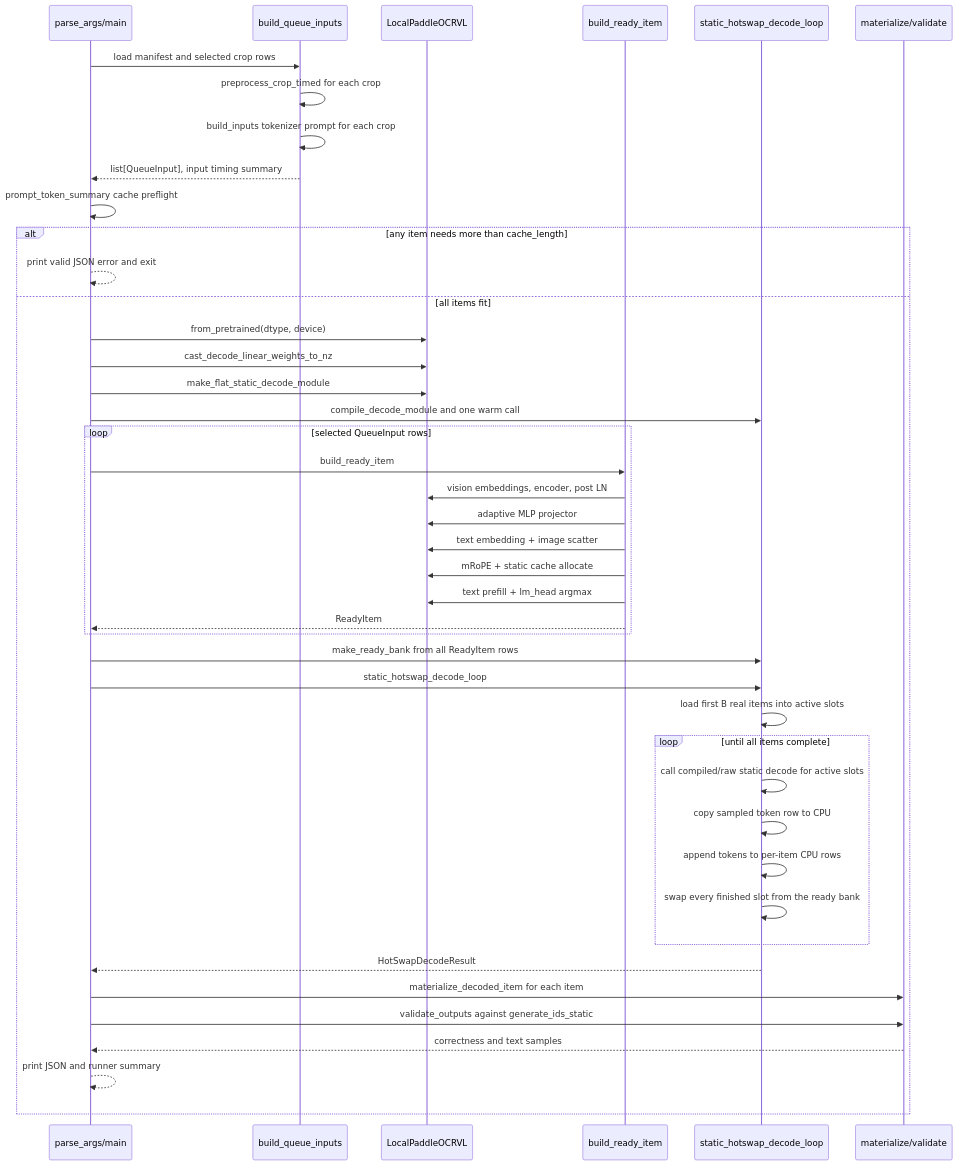
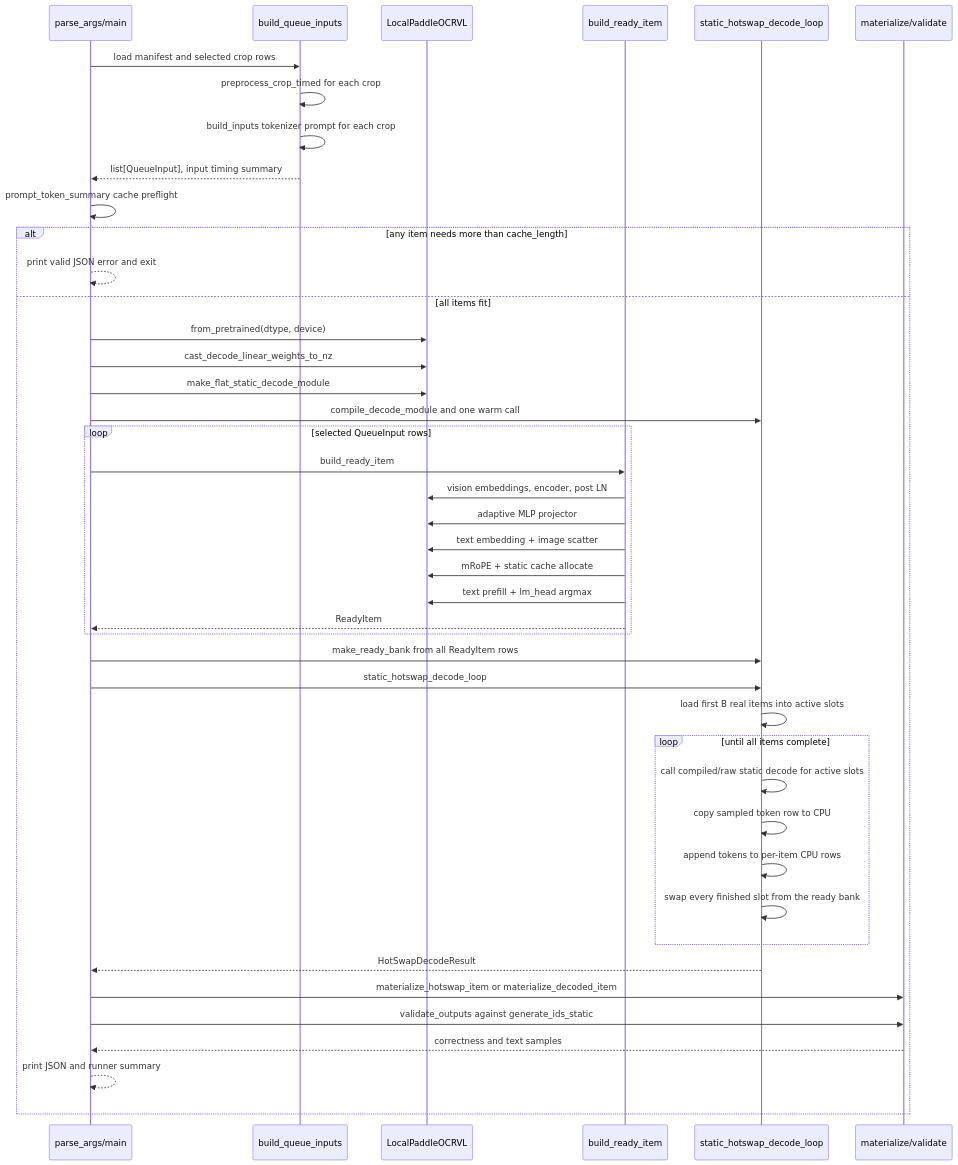
Before and after one commit to lukaIvanic/paddle_ocr_vl_npu: the second of 2 diagrams in 05_full_recognizer_optimizations/QUEUE_BENCHMARK_FLOW.md, drawn with Mermaid. The commit also changed other lines of this file and 1 other file, not shown here.

````diff
--- a/05_full_recognizer_optimizations/QUEUE_BENCHMARK_FLOW.md
+++ b/05_full_recognizer_optimizations/QUEUE_BENCHMARK_FLOW.md
@@ -56,46 +56,46 @@
 ```mermaid
 sequenceDiagram
     participant CLI as parse_args/main
     participant Inputs as build_queue_inputs
     participant Model as LocalPaddleOCRVL
     participant Ready as build_ready_item
     participant Decode as static_hotswap_decode_loop
     participant Output as materialize/validate
 
     CLI->>Inputs: load manifest and selected crop rows
     Inputs->>Inputs: preprocess_crop_timed for each crop
     Inputs->>Inputs: build_inputs tokenizer prompt for each crop
     Inputs-->>CLI: list[QueueInput], input timing summary
     CLI->>CLI: prompt_token_summary cache preflight
     alt any item needs more than cache_length
         CLI-->>CLI: print valid JSON error and exit
     else all items fit
         CLI->>Model: from_pretrained(dtype, device)
         CLI->>Model: cast_decode_linear_weights_to_nz
         CLI->>Model: make_flat_static_decode_module
         CLI->>Decode: compile_decode_module and one warm call
         loop selected QueueInput rows
             CLI->>Ready: build_ready_item
             Ready->>Model: vision embeddings, encoder, post LN
             Ready->>Model: adaptive MLP projector
             Ready->>Model: text embedding + image scatter
             Ready->>Model: mRoPE + static cache allocate
             Ready->>Model: text prefill + lm_head argmax
             Ready-->>CLI: ReadyItem
         end
         CLI->>Decode: make_ready_bank from all ReadyItem rows
         CLI->>Decode: static_hotswap_decode_loop
         Decode->>Decode: load first B real items into active slots
         loop until all items complete
             Decode->>Decode: call compiled/raw static decode for active slots
             Decode->>Decode: copy sampled token row to CPU
             Decode->>Decode: append tokens to per-item CPU rows
             Decode->>Decode: swap every finished slot from the ready bank
         end
         Decode-->>CLI: HotSwapDecodeResult
-        CLI->>Output: materialize_decoded_item for each item
+        CLI->>Output: materialize_hotswap_item or materialize_decoded_item
         CLI->>Output: validate_outputs against generate_ids_static
         Output-->>CLI: correctness and text samples
         CLI-->>CLI: print JSON and runner summary
     end
 ```
````
